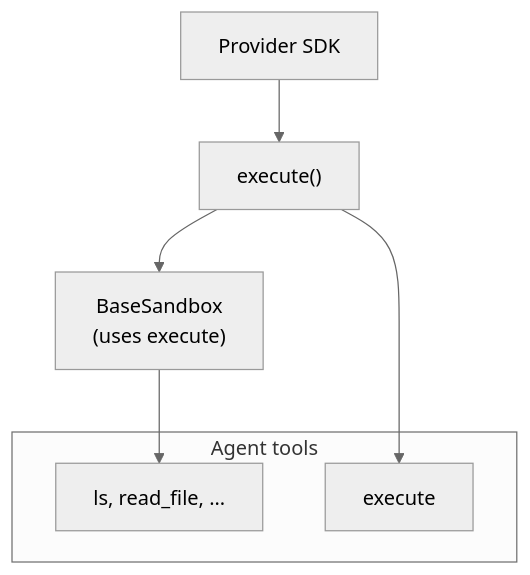
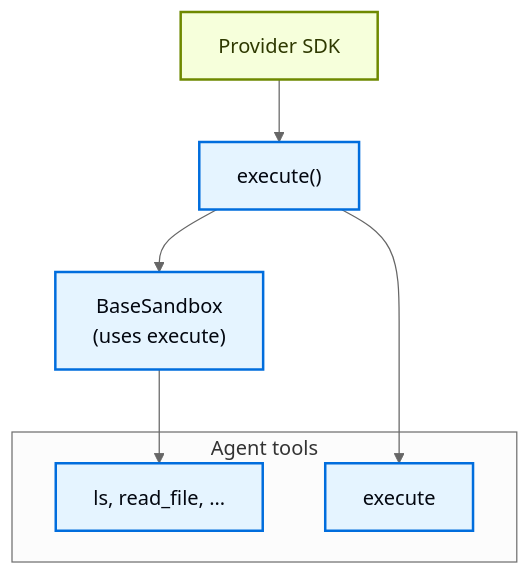
One commit to fede-kamel/docs-1 changed the second of 3 diagrams in build/oss/javascript/deepagents/sandboxes.mdx. Above: the diagram before and after it, drawn with Mermaid (neutral theme). The commit also changed other lines of this file and 3929 other files, not shown here.

````diff
--- a/build/oss/javascript/deepagents/sandboxes.mdx
+++ b/build/oss/javascript/deepagents/sandboxes.mdx
@@ -184,12 +240,19 @@
 ```mermaid
 graph TB
     subgraph "Agent tools"
         Tools["ls, read_file, ..."]
         execute
     end
 
     BaseSandbox["BaseSandbox<br/>(uses execute)"] --> Tools
     execute_method["execute()"] --> BaseSandbox
     execute_method --> execute
     Provider["Provider SDK"] --> execute_method
+
+    classDef process fill:#E5F4FF,stroke:#006DDD,stroke-width:2px,color:#030710
+    classDef trigger fill:#F6FFDB,stroke:#6E8900,stroke-width:2px,color:#2E3900
+
+    class Tools,execute process
+    class BaseSandbox,execute_method process
+    class Provider trigger
 ```
````
